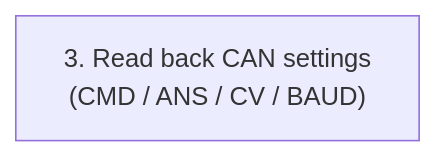
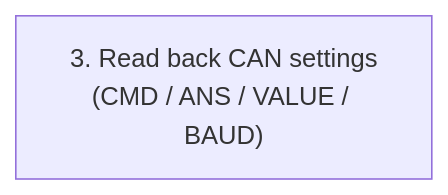
The fourth of 12 diagrams in README.md (me-systeme/StartupCAN), drawn with Mermaid before and after one commit. The commit also changed other lines of this file and 10 other files, not shown here.

````diff
--- a/README.md
+++ b/README.md
@@ -489,4 +518,4 @@
 ```mermaid
 flowchart TD
-A["3. Read back CAN settings<br/>(CMD / ANS / CV / BAUD)"]
+A["3. Read back CAN settings<br/>(CMD / ANS / VALUE / BAUD)"]
 ``` 
````
